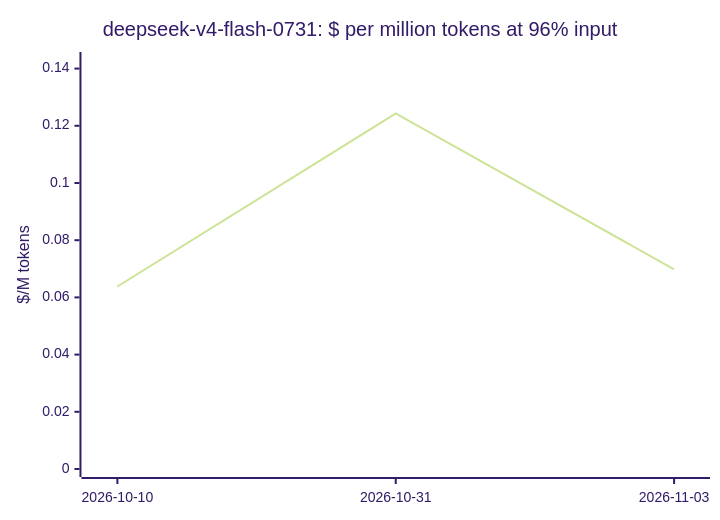
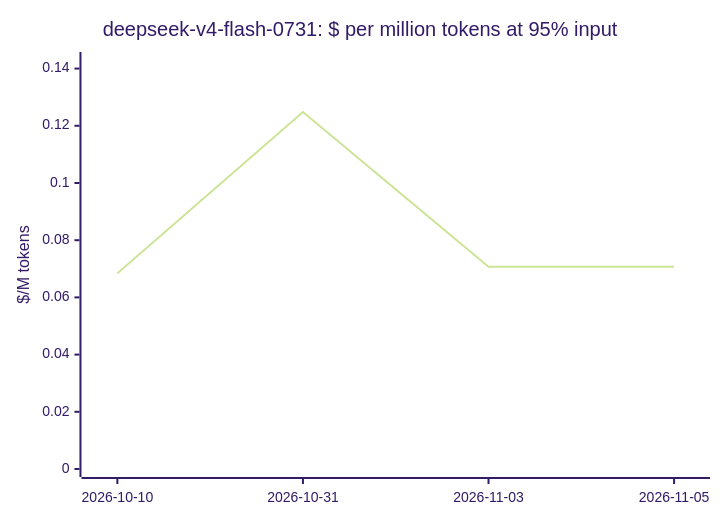
The eighth of 20 diagrams in docs/openrouter-models.md (cklukas/OMEGA_TRANSFORM), drawn with Mermaid (forest theme) before and after one commit. The commit also changed other lines of this file and 291 other files, not shown here.

````diff
--- a/docs/openrouter-models.md
+++ b/docs/openrouter-models.md
@@ -202,7 +203,7 @@
 ```mermaid
 xychart-beta
-    title "deepseek-v4-flash-0731: $ per million tokens at 96% input"
-    x-axis ["2026-10-10", "2026-10-31", "2026-11-03"]
+    title "deepseek-v4-flash-0731: $ per million tokens at 95% input"
+    x-axis ["2026-10-10", "2026-10-31", "2026-11-03", "2026-11-05"]
     y-axis "$/M tokens" 0 --> 0.143
-    line [0.06379, 0.1243, 0.06982]
+    line [0.0684, 0.1248, 0.0707, 0.0707]
 ```
````
